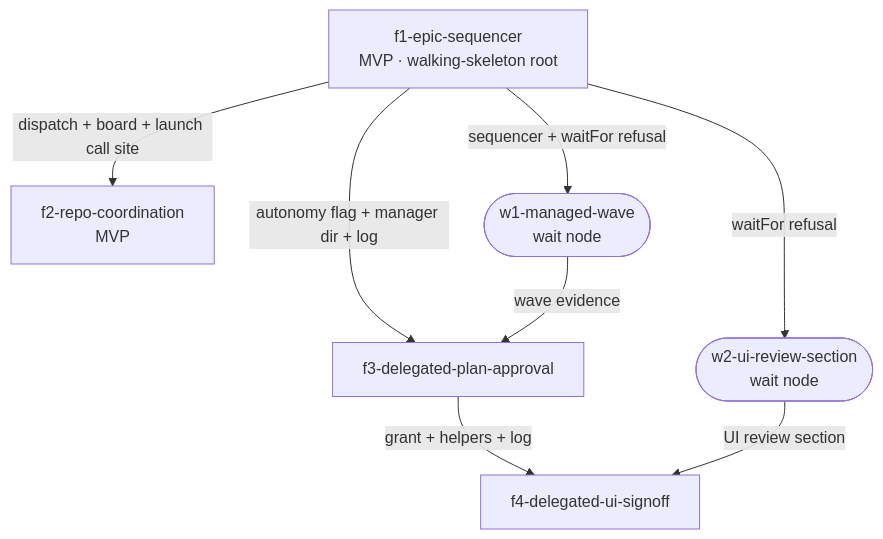
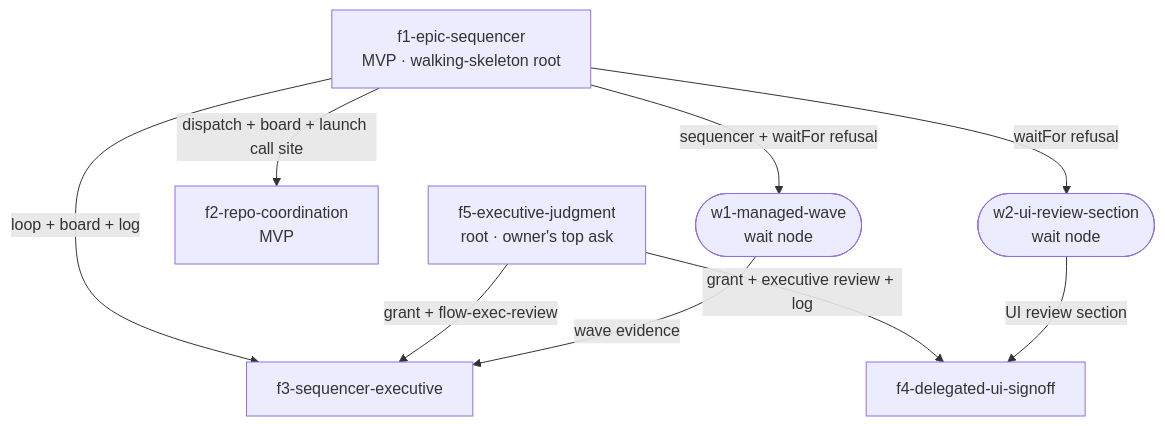
The diagram in .flow/epics/re-design-epic-manager-agent/design.md (gavingolden/flow), drawn with Mermaid before and after one commit. The commit also changed other lines of this file and 1 other file, not shown here.

First line of the commit message:
feat(epic): make the epic manager an executive (#975)

````diff
--- a/.flow/epics/re-design-epic-manager-agent/design.md
+++ b/.flow/epics/re-design-epic-manager-agent/design.md
@@ -431,16 +638,18 @@
 ```mermaid
 graph TD
   f1[f1-epic-sequencer<br/>MVP · walking-skeleton root]
+  f5[f5-executive-judgment<br/>root · owner's top ask]
   f2[f2-repo-coordination<br/>MVP]
   w1([w1-managed-wave<br/>wait node])
-  f3[f3-delegated-plan-approval]
+  f3[f3-sequencer-executive]
   w2([w2-ui-review-section<br/>wait node])
   f4[f4-delegated-ui-signoff]
   f1 -->|dispatch + board + launch call site| f2
   f1 -->|sequencer + waitFor refusal| w1
-  f1 -->|autonomy flag + manager dir + log| f3
+  f1 -->|loop + board + log| f3
+  f5 -->|grant + flow-exec-review| f3
   w1 -->|wave evidence| f3
   f1 -->|waitFor refusal| w2
-  f3 -->|grant + helpers + log| f4
+  f5 -->|grant + executive review + log| f4
   w2 -->|UI review section| f4
 ```
````
